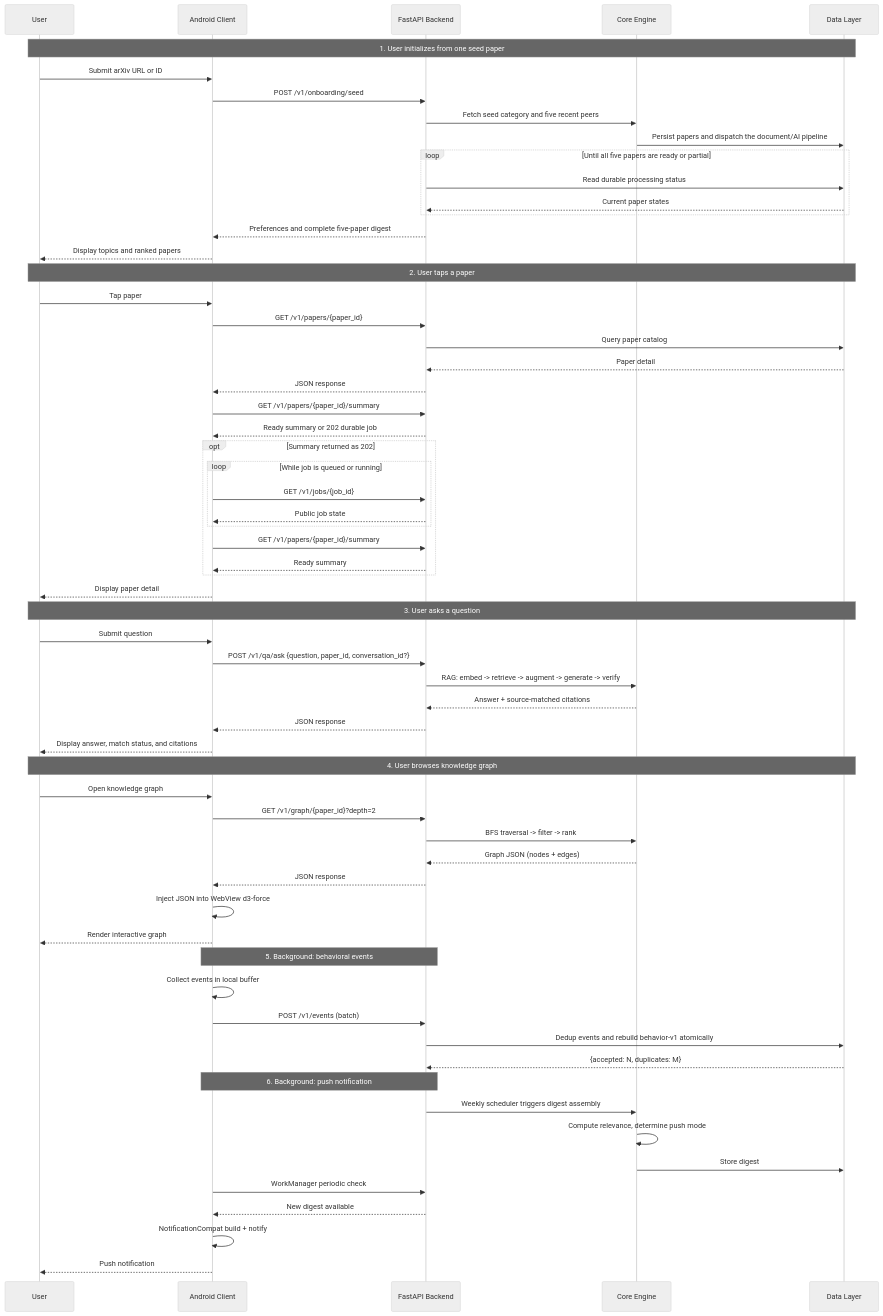
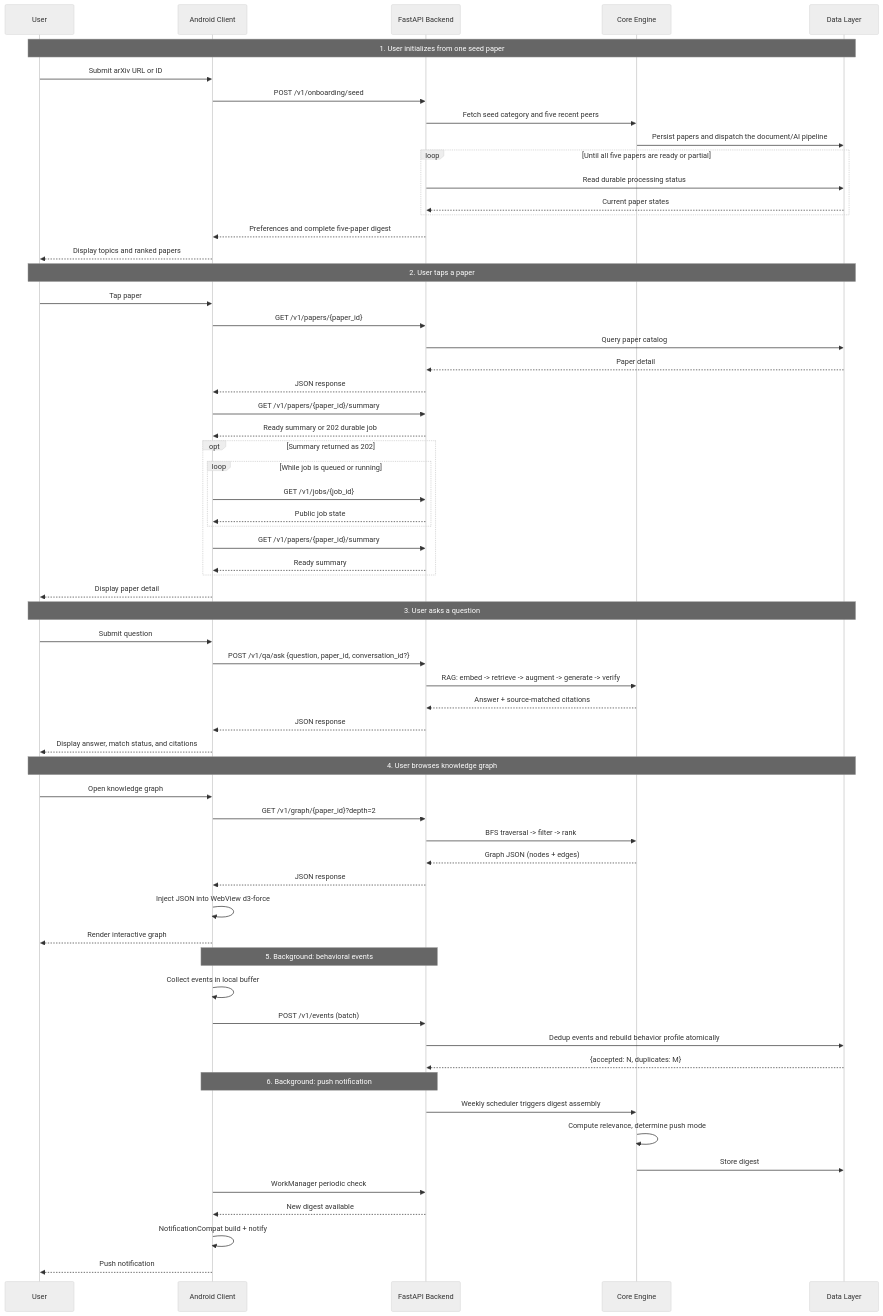
Before and after one commit to YUcxovo/MNEME: the fourth of 4 diagrams in README.md, drawn with Mermaid (neutral theme). The commit also changed other lines of this file and 4 other files, not shown here.

Commit message:
docs(behavior): align active profile architecture [no-test]

````diff
--- a/README.md
+++ b/README.md
@@ -433,70 +435,70 @@
 ```mermaid
 sequenceDiagram
     participant U as User
     participant A as Android Client
     participant B as FastAPI Backend
     participant E as Core Engine
     participant D as Data Layer
 
     Note over U,D: 1. User initializes from one seed paper
     U->>A: Submit arXiv URL or ID
     A->>B: POST /v1/onboarding/seed
     B->>E: Fetch seed category and five recent peers
     E->>D: Persist papers and dispatch the document/AI pipeline
     loop Until all five papers are ready or partial
         B->>D: Read durable processing status
         D-->>B: Current paper states
     end
     B-->>A: Preferences and complete five-paper digest
     A-->>U: Display topics and ranked papers
 
     Note over U,D: 2. User taps a paper
     U->>A: Tap paper
     A->>B: GET /v1/papers/{paper_id}
     B->>D: Query paper catalog
     D-->>B: Paper detail
     B-->>A: JSON response
     A->>B: GET /v1/papers/{paper_id}/summary
     B-->>A: Ready summary or 202 durable job
     opt Summary returned as 202
         loop While job is queued or running
             A->>B: GET /v1/jobs/{job_id}
             B-->>A: Public job state
         end
         A->>B: GET /v1/papers/{paper_id}/summary
         B-->>A: Ready summary
     end
     A-->>U: Display paper detail
 
     Note over U,D: 3. User asks a question
     U->>A: Submit question
     A->>B: POST /v1/qa/ask {question, paper_id, conversation_id?}
     B->>E: RAG: embed -> retrieve -> augment -> generate -> verify
     E-->>B: Answer + source-matched citations
     B-->>A: JSON response
     A-->>U: Display answer, match status, and citations
 
     Note over U,D: 4. User browses knowledge graph
     U->>A: Open knowledge graph
     A->>B: GET /v1/graph/{paper_id}?depth=2
     B->>E: BFS traversal -> filter -> rank
     E-->>B: Graph JSON (nodes + edges)
     B-->>A: JSON response
     A->>A: Inject JSON into WebView d3-force
     A-->>U: Render interactive graph
 
     Note over A,B: 5. Background: behavioral events
     A->>A: Collect events in local buffer
     A->>B: POST /v1/events (batch)
-    B->>D: Dedup events and rebuild behavior-v1 atomically
+    B->>D: Dedup events and rebuild behavior profile atomically
     D-->>B: {accepted: N, duplicates: M}
 
     Note over A,B: 6. Background: push notification
     B->>E: Weekly scheduler triggers digest assembly
     E->>E: Compute relevance, determine push mode
     E->>D: Store digest
     A->>B: WorkManager periodic check
     B-->>A: New digest available
     A->>A: NotificationCompat build + notify
     A-->>U: Push notification
 ```
````
